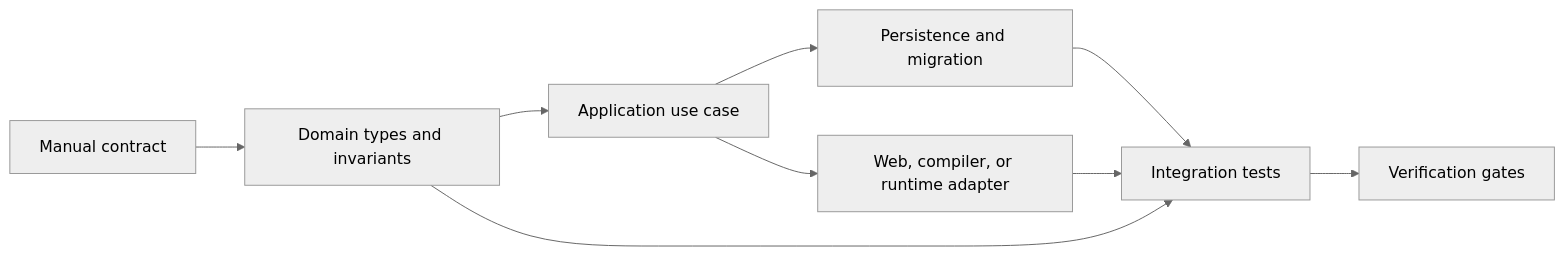
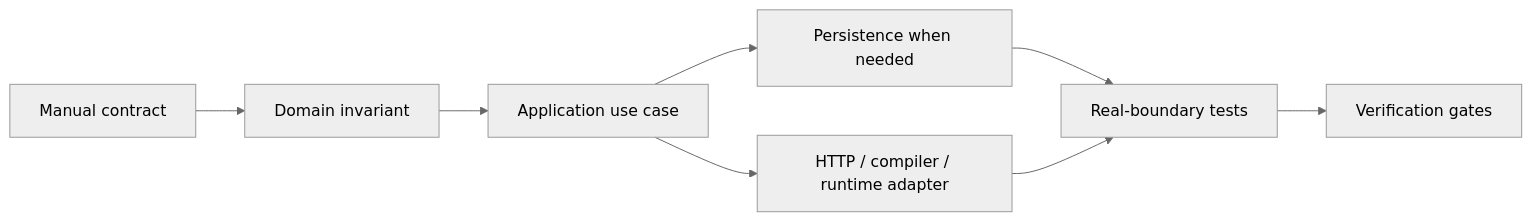
The first of 4 diagrams in content/versions/v0/developer/development-instructions.mdx (taskmigo/docs), drawn with Mermaid (neutral theme) before and after one commit. The commit also changed other lines of this file and 25 other files, not shown here.

````diff
--- a/content/versions/v0/developer/development-instructions.mdx
+++ b/content/versions/v0/developer/development-instructions.mdx
@@ -16,11 +19,10 @@
 ```mermaid
 flowchart LR
-  contract["Manual contract"] --> domain["Domain types and invariants"]
-  domain --> application["Application use case"]
-  application --> persistence["Persistence and migration"]
-  application --> adapter["Web, compiler, or runtime adapter"]
-  persistence --> tests["Integration tests"]
+  manual["Manual contract"] --> domain["Domain invariant"]
+  domain --> usecase["Application use case"]
+  usecase --> persistence["Persistence when needed"]
+  usecase --> adapter["HTTP / compiler / runtime adapter"]
+  persistence --> tests["Real-boundary tests"]
   adapter --> tests
-  domain --> tests
-  tests --> verify["Verification gates"]
+  tests --> gates["Verification gates"]
 ```
````
